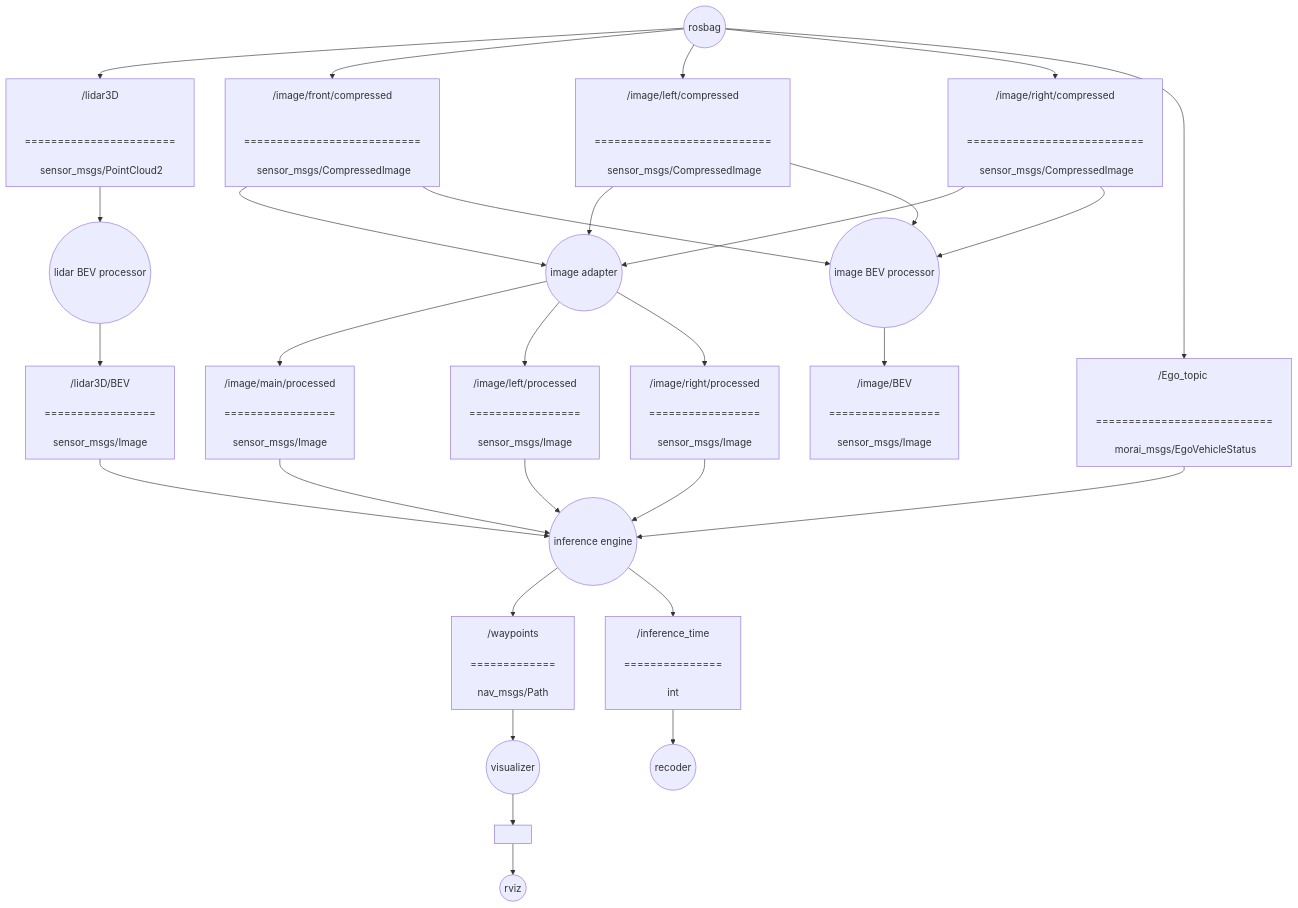
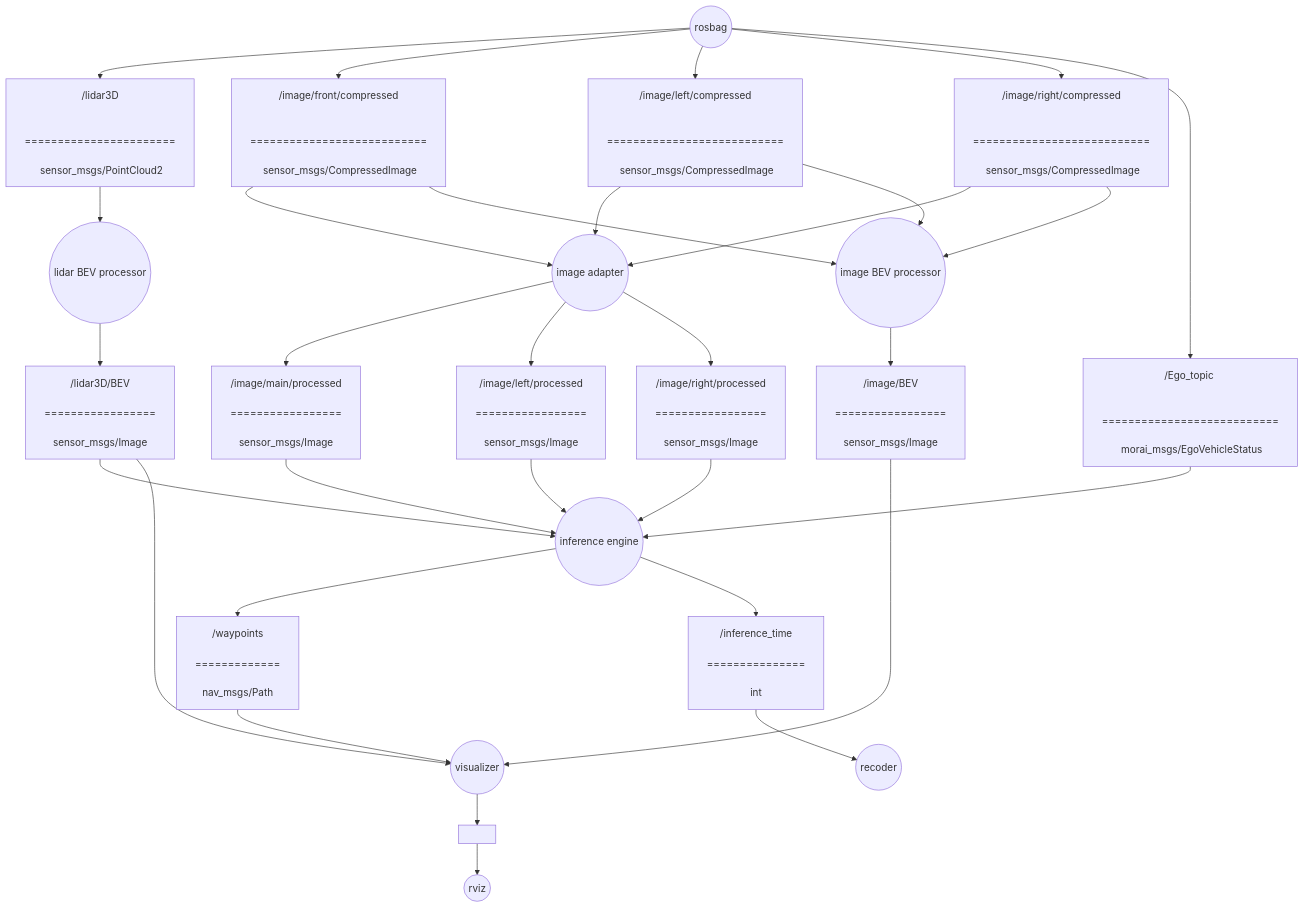
The diagram in README.md (Team-Stier/E2E-OpenLoop-ROS-Validator), drawn with Mermaid before and after one commit.

Commit message:
Update diagram connections in README
Add node G and I connections to node M in diagram.

````diff
--- a/README.md
+++ b/README.md
@@ -100,5 +100,7 @@
     L-->N
     M-->P[" "]
     P-->O
+    G-->M
+    I-->M
 
 ```
````
